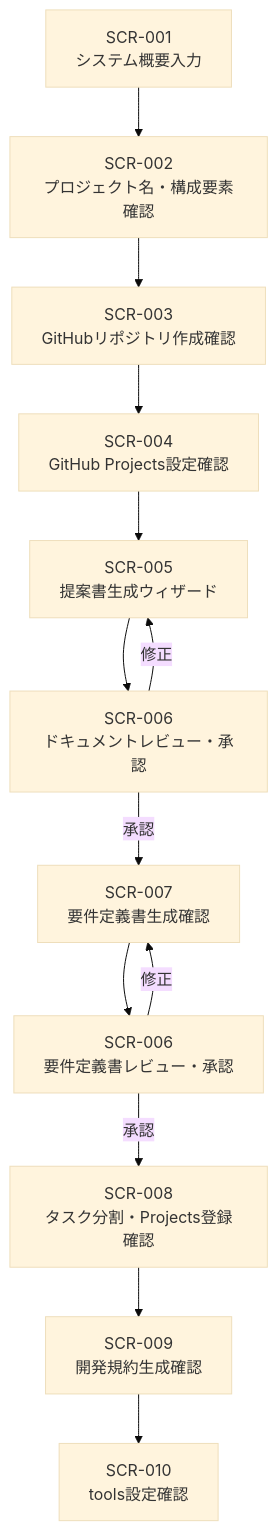
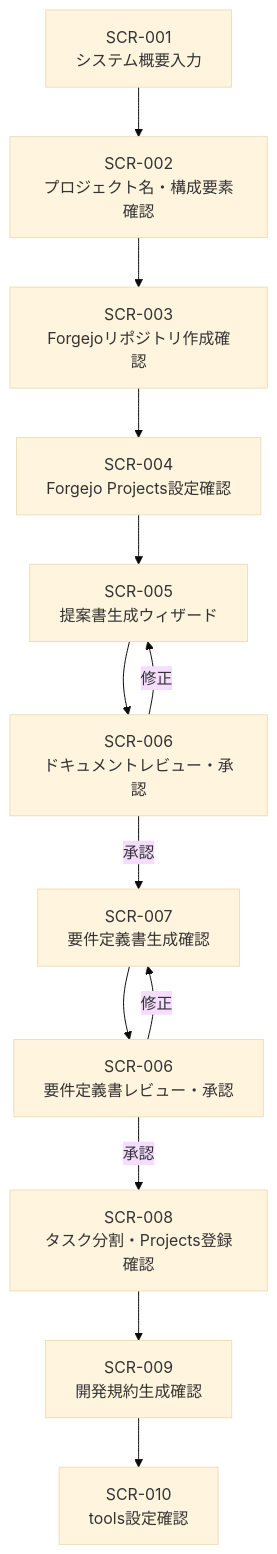
One commit to BossApe/lo-vibe changed the second of 3 diagrams in _document/002.要件定義フェーズ/001.要件定義/001-06.画面遷移定義書.md. Above: the diagram before and after it, drawn with Mermaid (base theme). The commit also changed other lines of this file and 38 other files, not shown here.

````diff
--- a/_document/002.要件定義フェーズ/001.要件定義/001-06.画面遷移定義書.md
+++ b/_document/002.要件定義フェーズ/001.要件定義/001-06.画面遷移定義書.md
@@ -93,26 +93,26 @@
 ```mermaid
 flowchart TD
     S1[SCR-001
 システム概要入力] --> S2[SCR-002
 プロジェクト名・構成要素確認]
     S2 --> S3[SCR-003
-GitHubリポジトリ作成確認]
+Forgejoリポジトリ作成確認]
     S3 --> S4[SCR-004
-GitHub Projects設定確認]
+Forgejo Projects設定確認]
     S4 --> S5[SCR-005
 提案書生成ウィザード]
     S5 --> S6[SCR-006
 ドキュメントレビュー・承認]
     S6 -- 承認 --> S7[SCR-007
 要件定義書生成確認]
     S6 -- 修正 --> S5
     S7 --> S6B[SCR-006
 要件定義書レビュー・承認]
     S6B -- 承認 --> S8[SCR-008
 タスク分割・Projects登録確認]
     S6B -- 修正 --> S7
     S8 --> S9[SCR-009
 開発規約生成確認]
     S9 --> S10[SCR-010
 tools設定確認]
 ```
````
